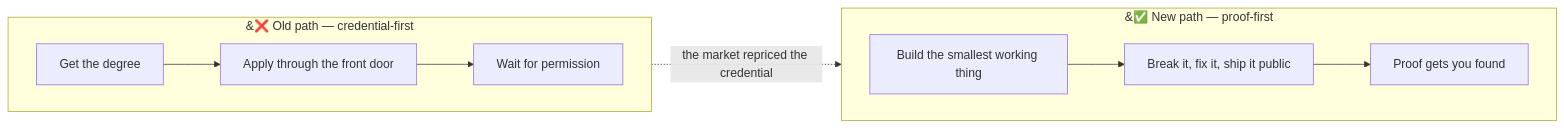
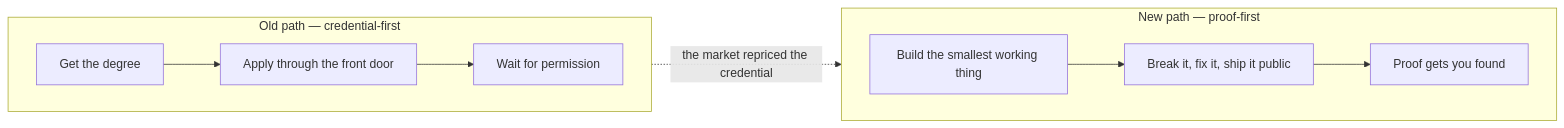
One commit to wilsonwu-ai/ai-engineer-2026 changed the first of 10 diagrams in README.md. Above: the diagram before and after it, drawn with Mermaid. The commit also changed other lines of this file, not shown here.

Commit message:
polish: drop subgraph-title emoji (numeric entities left a stray & on GitHub Mermaid)

````diff
--- a/README.md
+++ b/README.md
@@ -37,12 +37,12 @@
 ```mermaid
 flowchart LR
-    subgraph OLD["&#10060; Old path — credential-first"]
+    subgraph OLD["Old path — credential-first"]
         direction LR
         O1["Get the degree"] --> O2["Apply through the front door"] --> O3["Wait for permission"]
     end
-    subgraph NEW["&#9989; New path — proof-first"]
+    subgraph NEW["New path — proof-first"]
         direction LR
         N1["Build the smallest working thing"] --> N2["Break it, fix it, ship it public"] --> N3["Proof gets you found"]
     end
     OLD -. "the market repriced the credential" .-> NEW
 ```
````
